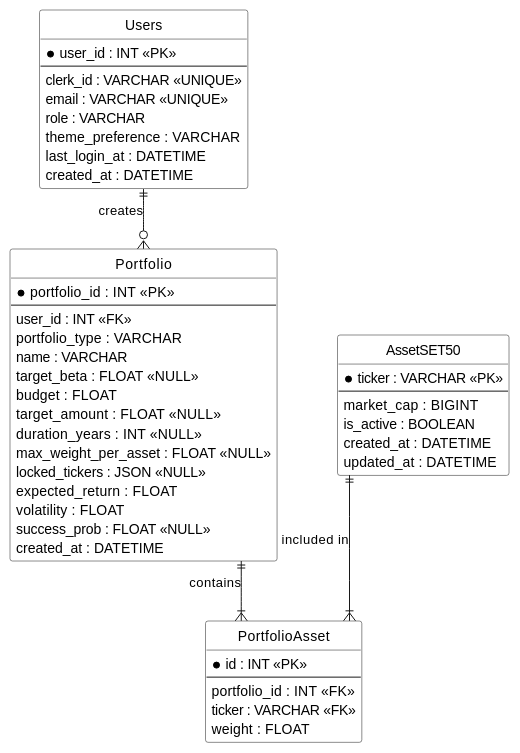
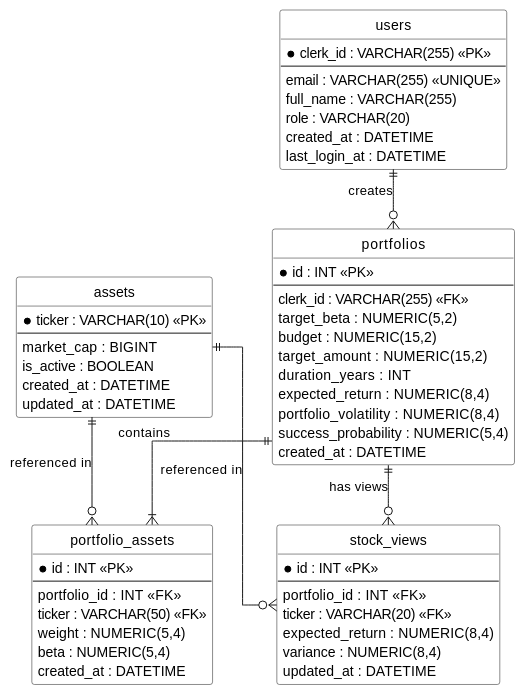
One commit to Anatta-at/my-portfolio-app changed the diagram in docs/diagrams/plantuml_source/plantuml_er_diagram.md. Above: the diagram before and after it, drawn with PlantUML. The commit also changed other lines of this file and 8 other files, not shown here.

Commit message:
docs: Update Class Diagram and ER Diagrams (Crow's Foot, Chen's Notation) to match latest Data Dictionary

````diff
--- a/docs/diagrams/plantuml_source/plantuml_er_diagram.md
+++ b/docs/diagrams/plantuml_source/plantuml_er_diagram.md
@@ -22,19 +22,18 @@
 skinparam ranksep 60
 
 ' นิยาม Entities และตาราง
-entity "Users" as users {
-  * user_id : INT <<PK>>
+entity "users" as users {
+  * clerk_id : VARCHAR(255) <<PK>>
   --
-  clerk_id : VARCHAR <<UNIQUE>>
-  email : VARCHAR <<UNIQUE>>
-  role : VARCHAR
-  theme_preference : VARCHAR
+  email : VARCHAR(255) <<UNIQUE>>
+  full_name : VARCHAR(255)
+  role : VARCHAR(20)
+  created_at : DATETIME
   last_login_at : DATETIME
-  created_at : DATETIME
 }
 
-entity "AssetSET50" as assets {
-  * ticker : VARCHAR <<PK>>
+entity "assets" as assets {
+  * ticker : VARCHAR(10) <<PK>>
   --
   market_cap : BIGINT
   is_active : BOOLEAN
@@ -42,44 +41,56 @@
   updated_at : DATETIME
 }
 
-entity "Portfolio" as portfolio {
-  * portfolio_id : INT <<PK>>
+entity "portfolios" as portfolios {
+  * id : INT <<PK>>
   --
-  user_id : INT <<FK>>
-  portfolio_type : VARCHAR
-  name : VARCHAR
-  target_beta : FLOAT <<NULL>>
-  budget : FLOAT
-  target_amount : FLOAT <<NULL>>
-  duration_years : INT <<NULL>>
-  max_weight_per_asset : FLOAT <<NULL>>
-  locked_tickers : JSON <<NULL>>
-  expected_return : FLOAT
-  volatility : FLOAT
-  success_prob : FLOAT <<NULL>>
+  clerk_id : VARCHAR(255) <<FK>>
+  target_beta : NUMERIC(5,2)
+  budget : NUMERIC(15,2)
+  target_amount : NUMERIC(15,2)
+  duration_years : INT
+  expected_return : NUMERIC(8,4)
+  portfolio_volatility : NUMERIC(8,4)
+  success_probability : NUMERIC(5,4)
   created_at : DATETIME
 }
 
-entity "PortfolioAsset" as portfolio_asset {
+entity "portfolio_assets" as portfolio_assets {
   * id : INT <<PK>>
   --
   portfolio_id : INT <<FK>>
-  ticker : VARCHAR <<FK>>
-  weight : FLOAT
+  ticker : VARCHAR(50) <<FK>>
+  weight : NUMERIC(5,4)
+  beta : NUMERIC(5,4)
+  created_at : DATETIME
 }
 
-
+entity "stock_views" as stock_views {
+  * id : INT <<PK>>
+  --
+  portfolio_id : INT <<FK>>
+  ticker : VARCHAR(20) <<FK>>
+  expected_return : NUMERIC(8,4)
+  variance : NUMERIC(8,4)
+  updated_at : DATETIME
+}
 
 ' นิยามความสัมพันธ์ (Relationships) แบบ Crow's Foot
 
-' ผู้ใช้ 1 คน สามารถมีพอร์ตได้หลายพอร์ต (1 to Many)
-users ||--o{ portfolio : "creates"
+' ผู้ใช้ 1 คน สามารถสร้างได้หลายพอร์ต (1 to Many)
+users ||--o{ portfolios : "creates"
 
-' พอร์ต 1 พอร์ต ประกอบด้วยหลายสินทรัพย์ (1 to Many)
-portfolio ||--|{ portfolio_asset : "contains"
+' พอร์ต 1 พอร์ต ประกอบด้วยสัดส่วนสินทรัพย์หลายตัว (1 to Many)
+portfolios ||--|{ portfolio_assets : "contains"
 
-' สินทรัพย์ 1 ตัว สามารถอยู่ในหลายพอร์ต (1 to Many)
-assets ||--|{ portfolio_asset : "included in"
+' พอร์ต 1 พอร์ต มีมุมมองการลงทุนได้หลายตัวสำหรับ Black-Litterman (1 to Many)
+portfolios ||--o{ stock_views : "has views"
+
+' สินทรัพย์อ้างอิงไปยังสัดส่วนการลงทุน (1 to Many)
+assets ||--o{ portfolio_assets : "referenced in"
+
+' สินทรัพย์อ้างอิงไปยังมุมมองการลงทุน (1 to Many)
+assets ||--o{ stock_views : "referenced in"
 
 @enduml
 ```
````
